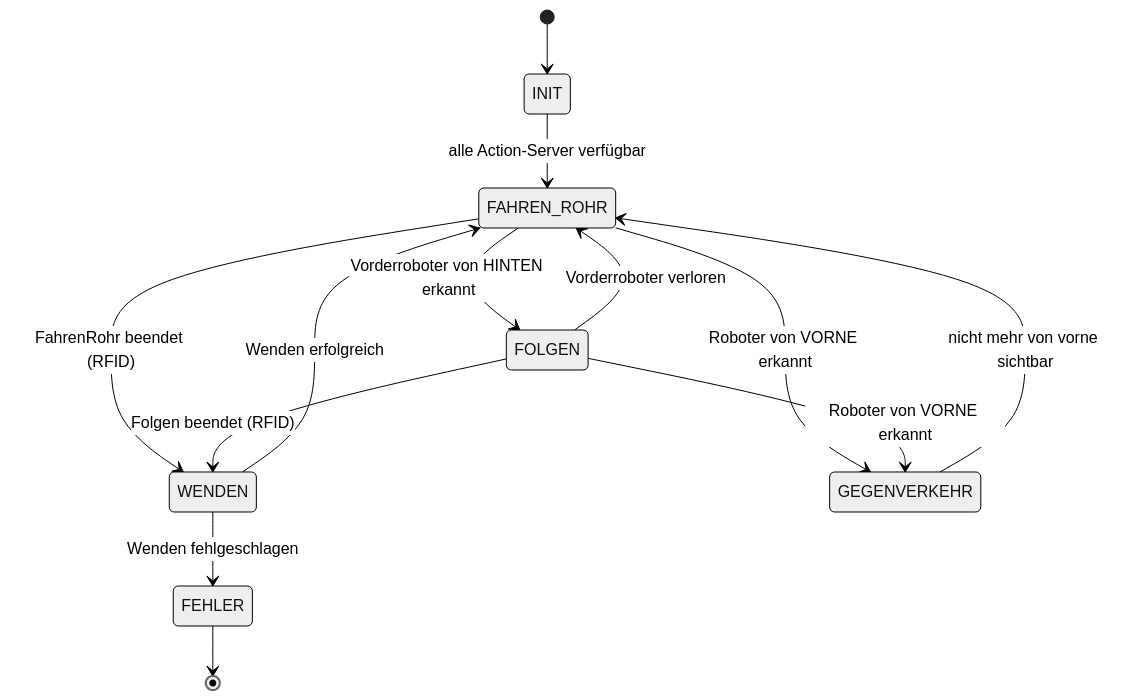
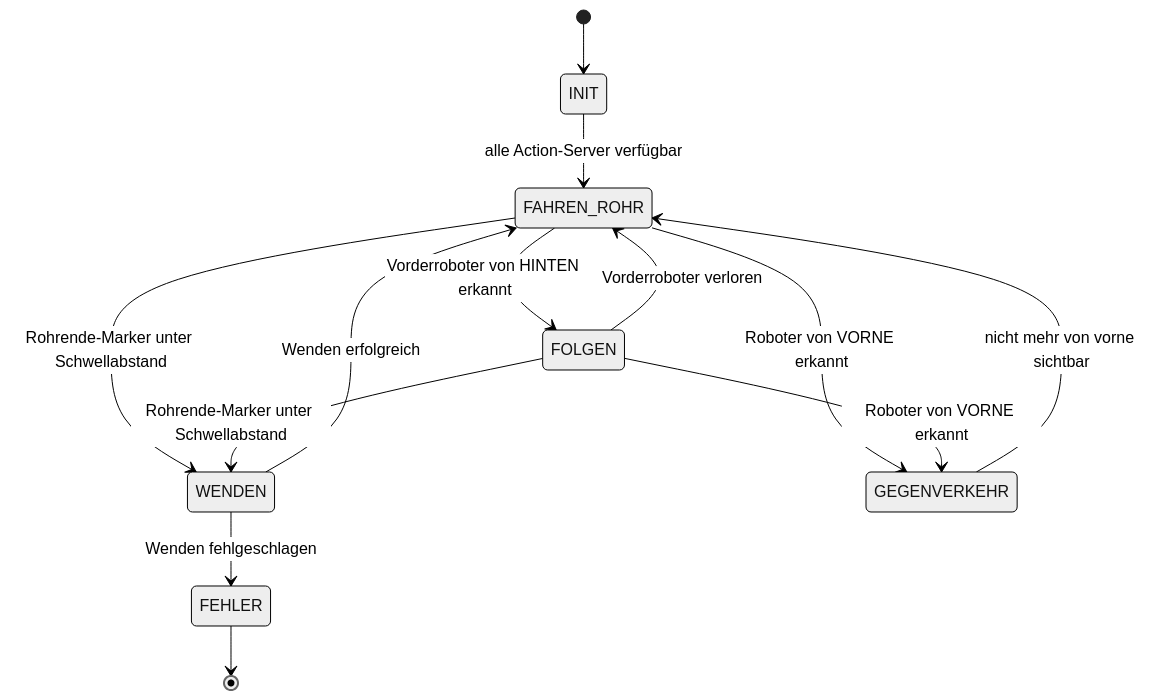
Before and after one commit to TsVBamBus/ros2_turtlebot_project_MW_NG: the second of 2 diagrams in docs/ARCHITEKTUR.md, drawn with Mermaid (neutral theme). The commit also changed other lines of this file and 9 other files, not shown here.

````diff
--- a/docs/ARCHITEKTUR.md
+++ b/docs/ARCHITEKTUR.md
@@ -313,19 +343,19 @@
 ```mermaid
 stateDiagram-v2
     [*] --> INIT
     INIT --> FAHREN_ROHR: alle Action-Server verfügbar
 
     FAHREN_ROHR --> FOLGEN: Vorderroboter von HINTEN erkannt
     FOLGEN --> FAHREN_ROHR: Vorderroboter verloren
 
-    FAHREN_ROHR --> WENDEN: FahrenRohr beendet (RFID)
-    FOLGEN --> WENDEN: Folgen beendet (RFID)
+    FAHREN_ROHR --> WENDEN: Rohrende-Marker unter Schwellabstand
+    FOLGEN --> WENDEN: Rohrende-Marker unter Schwellabstand
     WENDEN --> FAHREN_ROHR: Wenden erfolgreich
 
     FAHREN_ROHR --> GEGENVERKEHR: Roboter von VORNE erkannt
     FOLGEN --> GEGENVERKEHR: Roboter von VORNE erkannt
     GEGENVERKEHR --> FAHREN_ROHR: nicht mehr von vorne sichtbar
 
     WENDEN --> FEHLER: Wenden fehlgeschlagen
     FEHLER --> [*]
 ```
````
